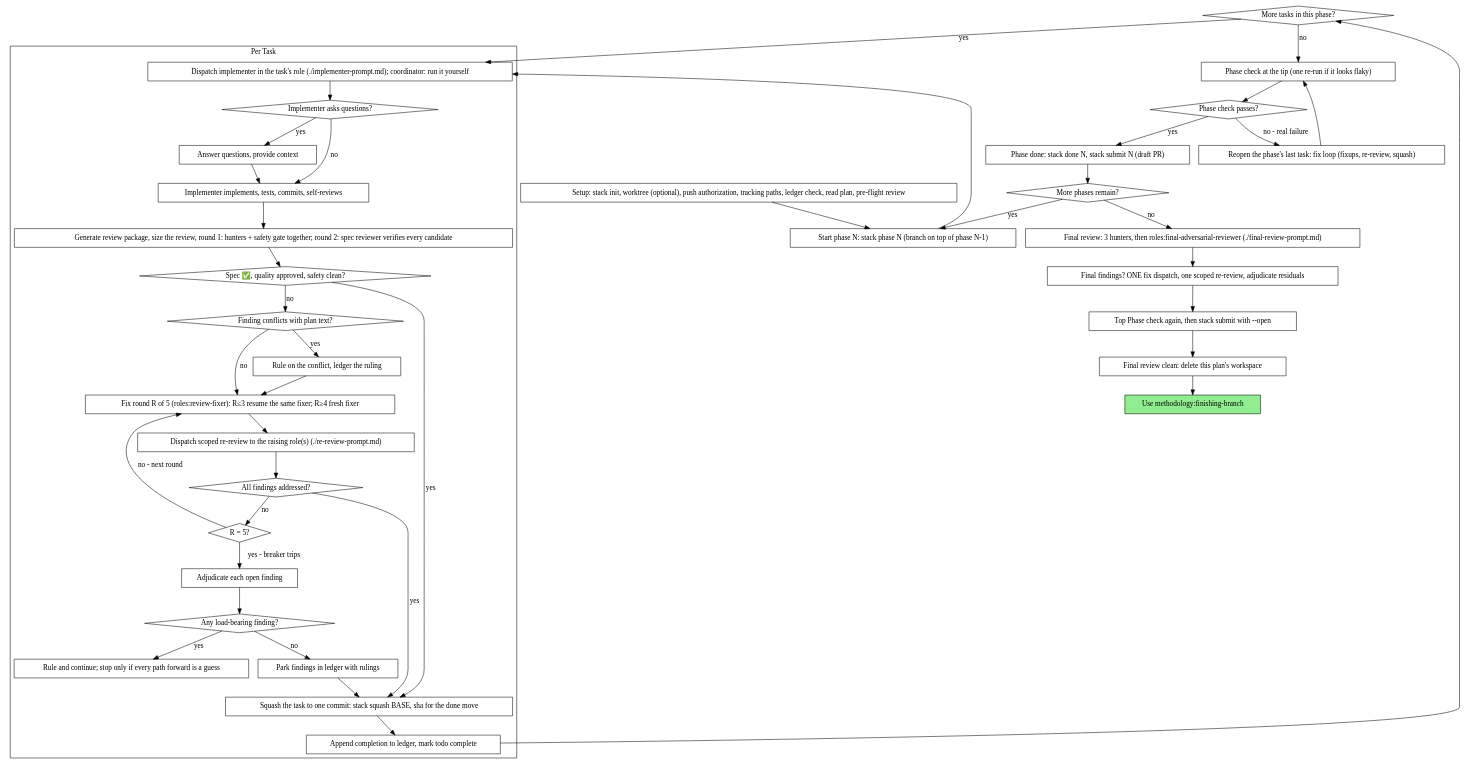
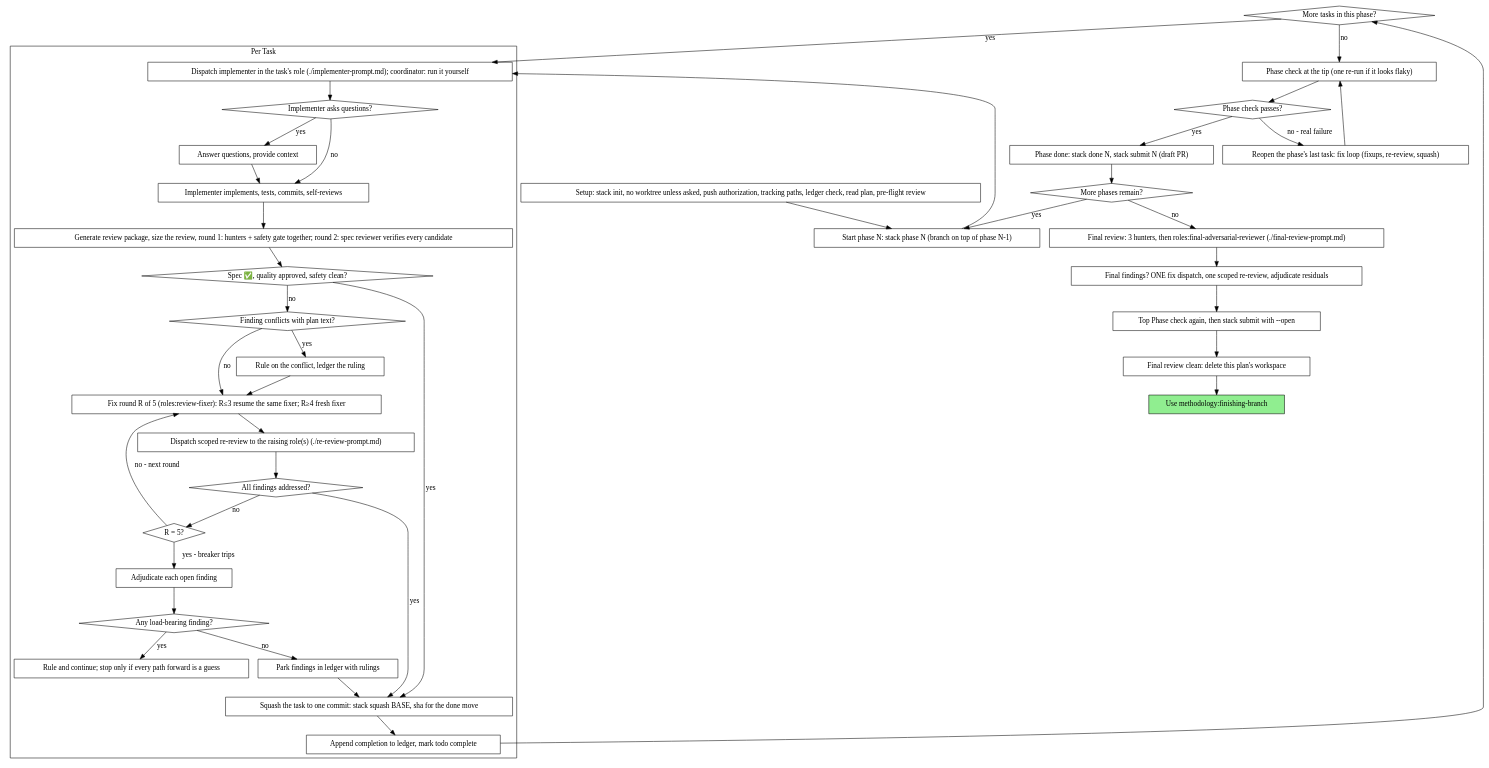
The second of 2 diagrams in plugins/methodology/skills/subagent-driven-development/SKILL.md (Montinou/triqual), drawn with Graphviz before and after one commit. The commit also changed other lines of this file and 12 other files, not shown here.

````diff
--- a/plugins/methodology/skills/subagent-driven-development/SKILL.md
+++ b/plugins/methodology/skills/subagent-driven-development/SKILL.md
@@ -63,80 +63,80 @@
 ```dot
 digraph process {
     rankdir=TB;
 
     subgraph cluster_per_task {
         label="Per Task";
         "Dispatch implementer in the task's role (./implementer-prompt.md); coordinator: run it yourself" [shape=box];
         "Implementer asks questions?" [shape=diamond];
         "Answer questions, provide context" [shape=box];
         "Implementer implements, tests, commits, self-reviews" [shape=box];
         "Generate review package, size the review, round 1: hunters + safety gate together; round 2: spec reviewer verifies every candidate" [shape=box];
         "Spec ✅, quality approved, safety clean?" [shape=diamond];
         "Finding conflicts with plan text?" [shape=diamond];
         "Rule on the conflict, ledger the ruling" [shape=box];
         "Fix round R of 5 (roles:review-fixer): R≤3 resume the same fixer; R≥4 fresh fixer" [shape=box];
         "Dispatch scoped re-review to the raising role(s) (./re-review-prompt.md)" [shape=box];
         "All findings addressed?" [shape=diamond];
         "R = 5?" [shape=diamond];
         "Adjudicate each open finding" [shape=box];
         "Any load-bearing finding?" [shape=diamond];
         "Rule and continue; stop only if every path forward is a guess" [shape=box];
         "Park findings in ledger with rulings" [shape=box];
         "Squash the task to one commit: stack squash BASE, sha for the done move" [shape=box];
         "Append completion to ledger, mark todo complete" [shape=box];
     }
 
-    "Setup: stack init, worktree (optional), push authorization, tracking paths, ledger check, read plan, pre-flight review" [shape=box];
+    "Setup: stack init, no worktree unless asked, push authorization, tracking paths, ledger check, read plan, pre-flight review" [shape=box];
     "Start phase N: stack phase N (branch on top of phase N-1)" [shape=box];
     "More tasks in this phase?" [shape=diamond];
     "Phase check at the tip (one re-run if it looks flaky)" [shape=box];
     "Phase check passes?" [shape=diamond];
     "Reopen the phase's last task: fix loop (fixups, re-review, squash)" [shape=box];
     "Phase done: stack done N, stack submit N (draft PR)" [shape=box];
     "More phases remain?" [shape=diamond];
     "Final review: 3 hunters, then roles:final-adversarial-reviewer (./final-review-prompt.md)" [shape=box];
     "Final findings? ONE fix dispatch, one scoped re-review, adjudicate residuals" [shape=box];
     "Top Phase check again, then stack submit with --open" [shape=box];
     "Final review clean: delete this plan's workspace" [shape=box];
     "Use methodology:finishing-branch" [shape=box style=filled fillcolor=lightgreen];
 
-    "Setup: stack init, worktree (optional), push authorization, tracking paths, ledger check, read plan, pre-flight review" -> "Start phase N: stack phase N (branch on top of phase N-1)";
+    "Setup: stack init, no worktree unless asked, push authorization, tracking paths, ledger check, read plan, pre-flight review" -> "Start phase N: stack phase N (branch on top of phase N-1)";
     "Start phase N: stack phase N (branch on top of phase N-1)" -> "Dispatch implementer in the task's role (./implementer-prompt.md); coordinator: run it yourself";
     "Dispatch implementer in the task's role (./implementer-prompt.md); coordinator: run it yourself" -> "Implementer asks questions?";
     "Implementer asks questions?" -> "Answer questions, provide context" [label="yes"];
     "Answer questions, provide context" -> "Implementer implements, tests, commits, self-reviews";
     "Implementer asks questions?" -> "Implementer implements, tests, commits, self-reviews" [label="no"];
     "Implementer implements, tests, commits, self-reviews" -> "Generate review package, size the review, round 1: hunters + safety gate together; round 2: spec reviewer verifies every candidate";
     "Generate review package, size the review, round 1: hunters + safety gate together; round 2: spec reviewer verifies every candidate" -> "Spec ✅, quality approved, safety clean?";
     "Spec ✅, quality approved, safety clean?" -> "Squash the task to one commit: stack squash BASE, sha for the done move" [label="yes"];
     "Spec ✅, quality approved, safety clean?" -> "Finding conflicts with plan text?" [label="no"];
     "Finding conflicts with plan text?" -> "Rule on the conflict, ledger the ruling" [label="yes"];
     "Rule on the conflict, ledger the ruling" -> "Fix round R of 5 (roles:review-fixer): R≤3 resume the same fixer; R≥4 fresh fixer";
     "Finding conflicts with plan text?" -> "Fix round R of 5 (roles:review-fixer): R≤3 resume the same fixer; R≥4 fresh fixer" [label="no"];
     "Fix round R of 5 (roles:review-fixer): R≤3 resume the same fixer; R≥4 fresh fixer" -> "Dispatch scoped re-review to the raising role(s) (./re-review-prompt.md)";
     "Dispatch scoped re-review to the raising role(s) (./re-review-prompt.md)" -> "All findings addressed?";
     "All findings addressed?" -> "Squash the task to one commit: stack squash BASE, sha for the done move" [label="yes"];
     "All findings addressed?" -> "R = 5?" [label="no"];
     "R = 5?" -> "Fix round R of 5 (roles:review-fixer): R≤3 resume the same fixer; R≥4 fresh fixer" [label="no - next round"];
     "R = 5?" -> "Adjudicate each open finding" [label="yes - breaker trips"];
     "Adjudicate each open finding" -> "Any load-bearing finding?";
     "Any load-bearing finding?" -> "Rule and continue; stop only if every path forward is a guess" [label="yes"];
     "Any load-bearing finding?" -> "Park findings in ledger with rulings" [label="no"];
     "Park findings in ledger with rulings" -> "Squash the task to one commit: stack squash BASE, sha for the done move";
     "Squash the task to one commit: stack squash BASE, sha for the done move" -> "Append completion to ledger, mark todo complete";
     "Append completion to ledger, mark todo complete" -> "More tasks in this phase?";
     "More tasks in this phase?" -> "Dispatch implementer in the task's role (./implementer-prompt.md); coordinator: run it yourself" [label="yes"];
     "More tasks in this phase?" -> "Phase check at the tip (one re-run if it looks flaky)" [label="no"];
     "Phase check at the tip (one re-run if it looks flaky)" -> "Phase check passes?";
     "Phase check passes?" -> "Reopen the phase's last task: fix loop (fixups, re-review, squash)" [label="no - real failure"];
     "Reopen the phase's last task: fix loop (fixups, re-review, squash)" -> "Phase check at the tip (one re-run if it looks flaky)";
     "Phase check passes?" -> "Phase done: stack done N, stack submit N (draft PR)" [label="yes"];
     "Phase done: stack done N, stack submit N (draft PR)" -> "More phases remain?";
     "More phases remain?" -> "Start phase N: stack phase N (branch on top of phase N-1)" [label="yes"];
     "More phases remain?" -> "Final review: 3 hunters, then roles:final-adversarial-reviewer (./final-review-prompt.md)" [label="no"];
     "Final review: 3 hunters, then roles:final-adversarial-reviewer (./final-review-prompt.md)" -> "Final findings? ONE fix dispatch, one scoped re-review, adjudicate residuals";
     "Final findings? ONE fix dispatch, one scoped re-review, adjudicate residuals" -> "Top Phase check again, then stack submit with --open";
     "Top Phase check again, then stack submit with --open" -> "Final review clean: delete this plan's workspace";
     "Final review clean: delete this plan's workspace" -> "Use methodology:finishing-branch";
 }
 ```
````
